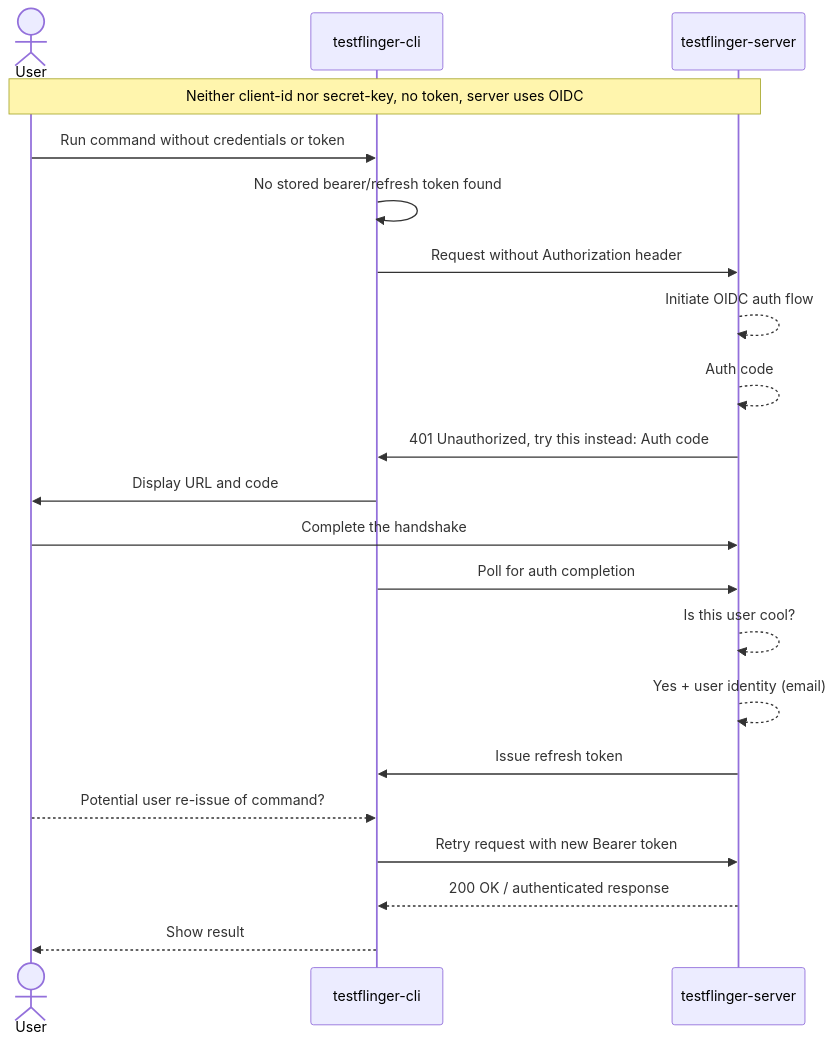
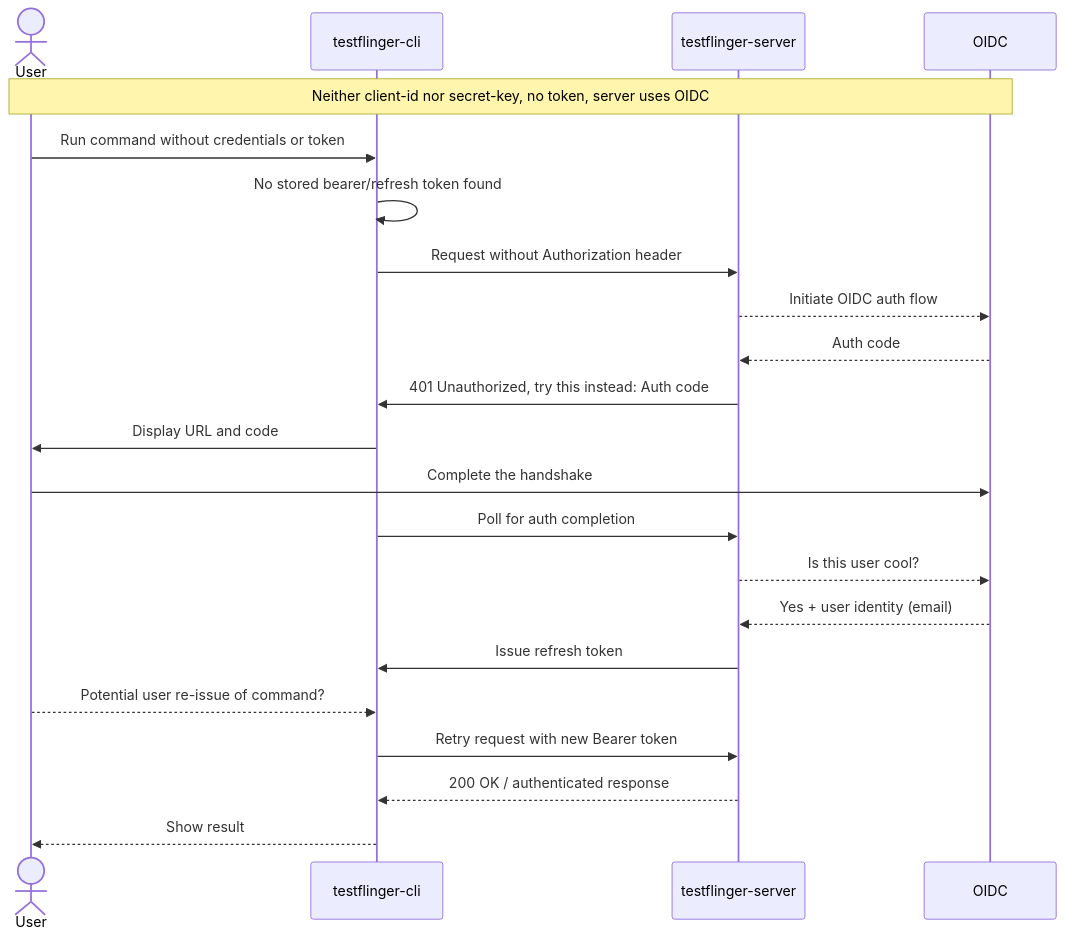
The fourth of 7 diagrams in docs/explanation/authentication.rst (canonical/testflinger), drawn with Mermaid before and after one commit. The commit also changed other lines of this file and 1 other file, not shown here.

```diff
--- a/docs/explanation/authentication.rst
+++ b/docs/explanation/authentication.rst
@@ -114,27 +114,27 @@
 .. mermaid::
     :alt: Sequence diagram showing a refresh token being used and accepted
     :caption: Sequence diagram showing a refresh token being used and accepted
     :align: center
 
     sequenceDiagram
         actor User
         participant CLI as testflinger-cli
         participant Server as testflinger-server
 
-        Note over User,Server: Neither client-id nor secret-key, no token, server uses OIDC
+        Note over User,OIDC: Neither client-id nor secret-key, no token, server uses OIDC
         User->>CLI: Run command without credentials or token
         CLI->>CLI: No stored bearer/refresh token found
         CLI->>Server: Request without Authorization header
-        Server-->>Server: Initiate OIDC auth flow
-        Server-->>Server: Auth code
+        Server-->>OIDC: Initiate OIDC auth flow
+        OIDC-->>Server: Auth code
         Server->>CLI: 401 Unauthorized, try this instead: Auth code
         CLI->>User: Display URL and code
-        User->>Server: Complete the handshake
+        User->>OIDC: Complete the handshake
         CLI->>Server: Poll for auth completion
-        Server-->>Server: Is this user cool?
-        Server-->>Server: Yes + user identity (email)
+        Server-->>OIDC: Is this user cool?
+        OIDC-->>Server: Yes + user identity (email)
         Server->>CLI: Issue refresh token
         User-->>CLI: Potential user re-issue of command?
         CLI->>Server: Retry request with new Bearer token
         Server-->>CLI: 200 OK / authenticated response
         CLI-->>User: Show result
```
